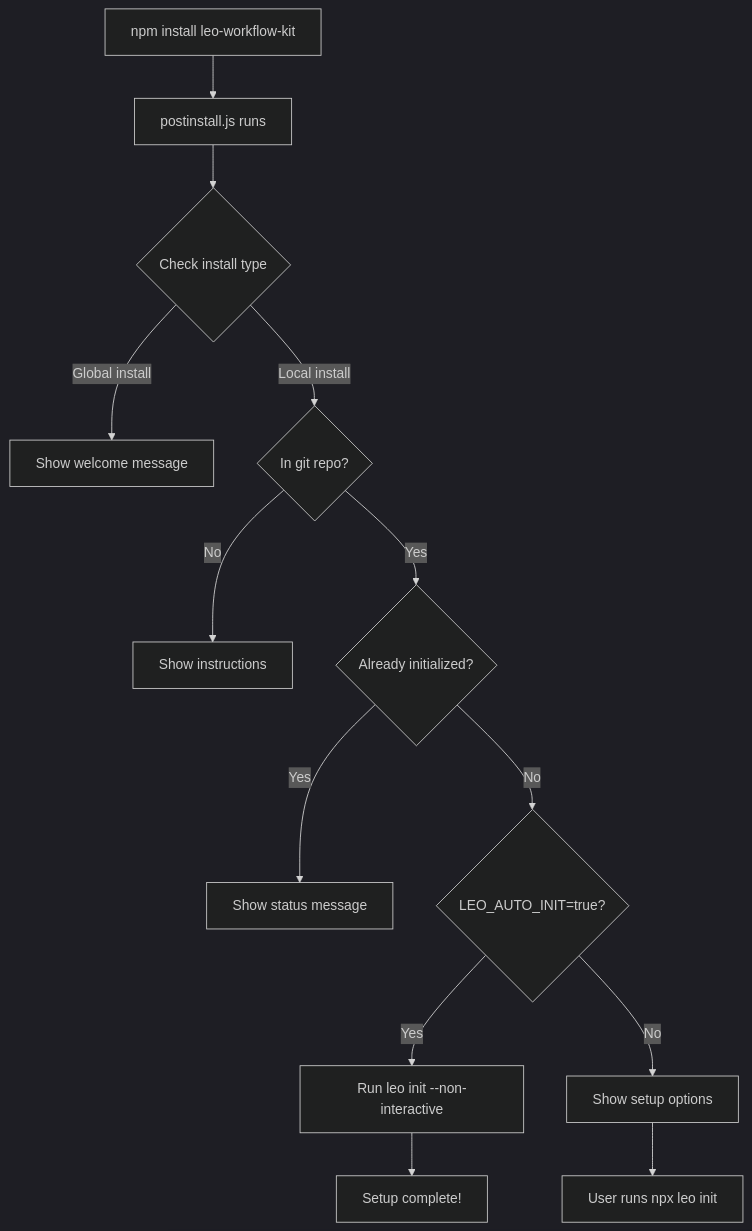
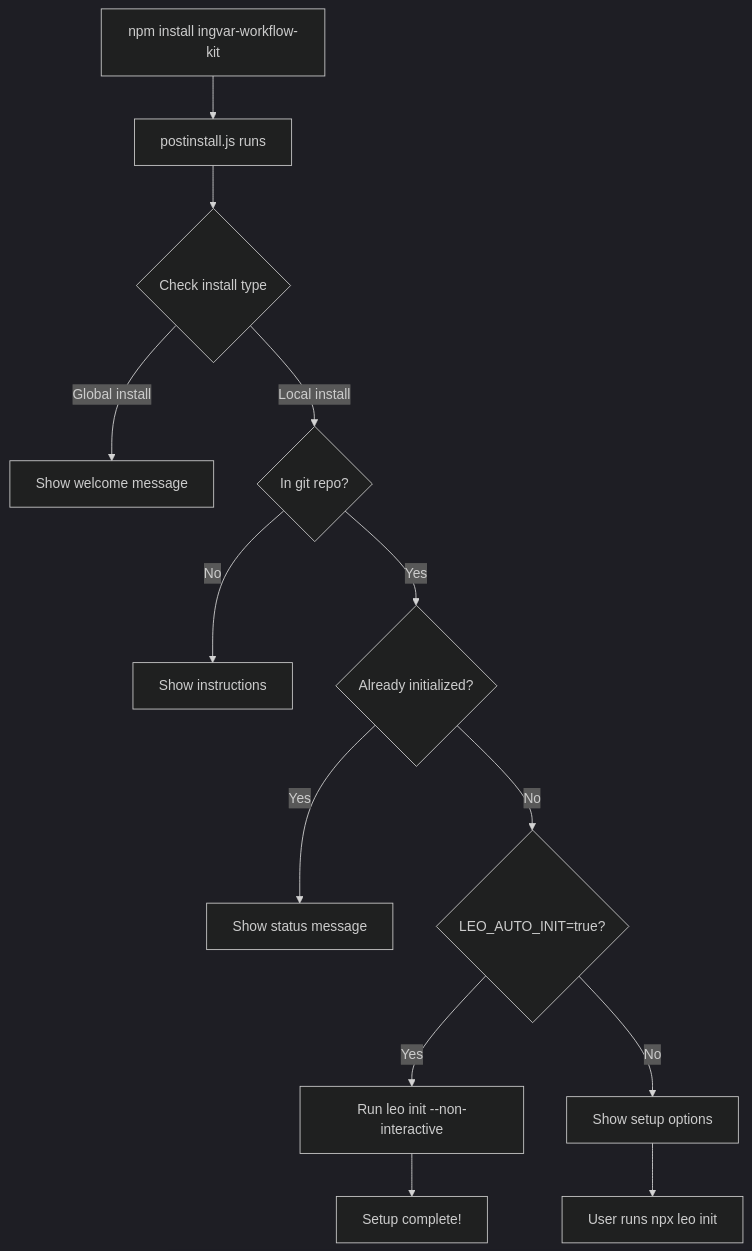
One commit to leopagotto/ingvar-kit changed the diagram in docs/guides/AUTO_INITIALIZATION.md. Above: the diagram before and after it, drawn with Mermaid (dark theme). The commit also changed other lines of this file and 65 other files, not shown here.

First line of the commit message:
docs: complete rebranding from LEO to Ingvar across all documentation

````diff
--- a/docs/guides/AUTO_INITIALIZATION.md
+++ b/docs/guides/AUTO_INITIALIZATION.md
@@ -50,15 +50,15 @@
 ```mermaid
 graph TB
-    A[npm install leo-workflow-kit] --> B[postinstall.js runs]
+    A[npm install ingvar-workflow-kit] --> B[postinstall.js runs]
     B --> C{Check install type}
     C -->|Global install| D[Show welcome message]
     C -->|Local install| E{In git repo?}
     E -->|No| F[Show instructions]
     E -->|Yes| G{Already initialized?}
     G -->|Yes| H[Show status message]
     G -->|No| I{LEO_AUTO_INIT=true?}
     I -->|Yes| J[Run leo init --non-interactive]
     I -->|No| K[Show setup options]
     J --> L[Setup complete!]
     K --> M[User runs npx leo init]
 ```
````
